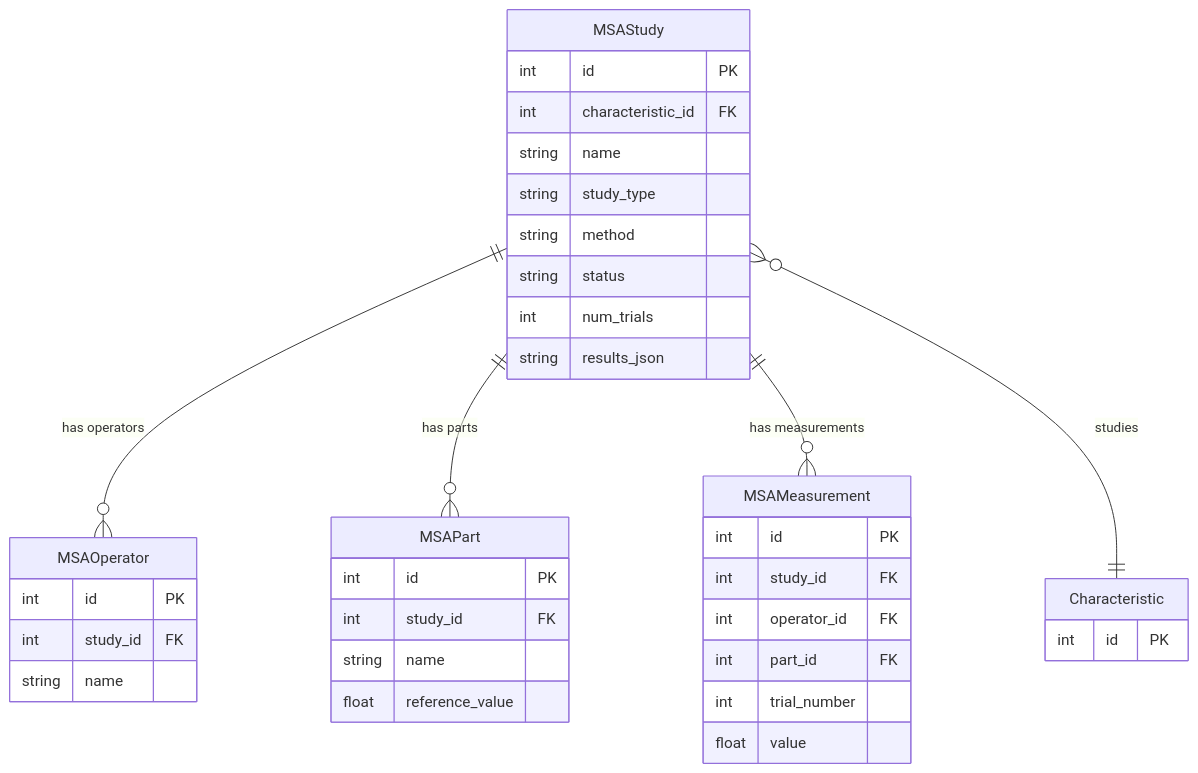
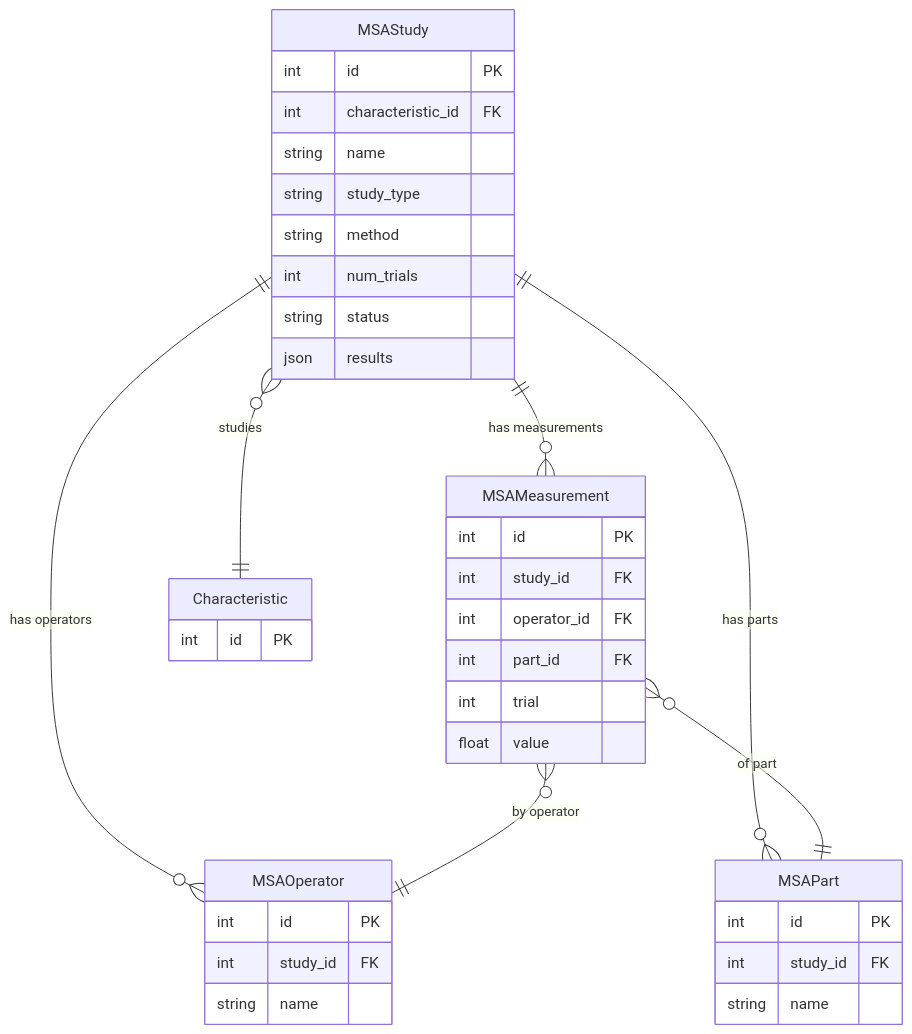
The second of 2 diagrams in .knowledge/features/msa.md (saturnis-io/cassini), drawn with Mermaid before and after one commit. The commit also changed other lines of this file and 15 other files, not shown here.

Commit message:
knowledge-graph: regenerate

````diff
--- a/.knowledge/features/msa.md
+++ b/.knowledge/features/msa.md
@@ -28,39 +28,40 @@
 ```mermaid
 erDiagram
     MSAStudy ||--o{ MSAOperator : "has operators"
     MSAStudy ||--o{ MSAPart : "has parts"
     MSAStudy ||--o{ MSAMeasurement : "has measurements"
-    MSAStudy }o--|| Characteristic : studies
-    Characteristic {
-        int id PK
-    }
+    MSAStudy }o--|| Characteristic : "studies"
+    MSAMeasurement }o--|| MSAOperator : "by operator"
+    MSAMeasurement }o--|| MSAPart : "of part"
     MSAStudy {
         int id PK
         int characteristic_id FK
         string name
         string study_type
         string method
+        int num_trials
         string status
-        int num_trials
-        string results_json
+        json results
     }
     MSAOperator {
         int id PK
         int study_id FK
         string name
     }
     MSAPart {
         int id PK
         int study_id FK
         string name
-        float reference_value
     }
     MSAMeasurement {
         int id PK
         int study_id FK
         int operator_id FK
         int part_id FK
-        int trial_number
+        int trial
         float value
     }
+    Characteristic {
+        int id PK
+    }
 ```
````
